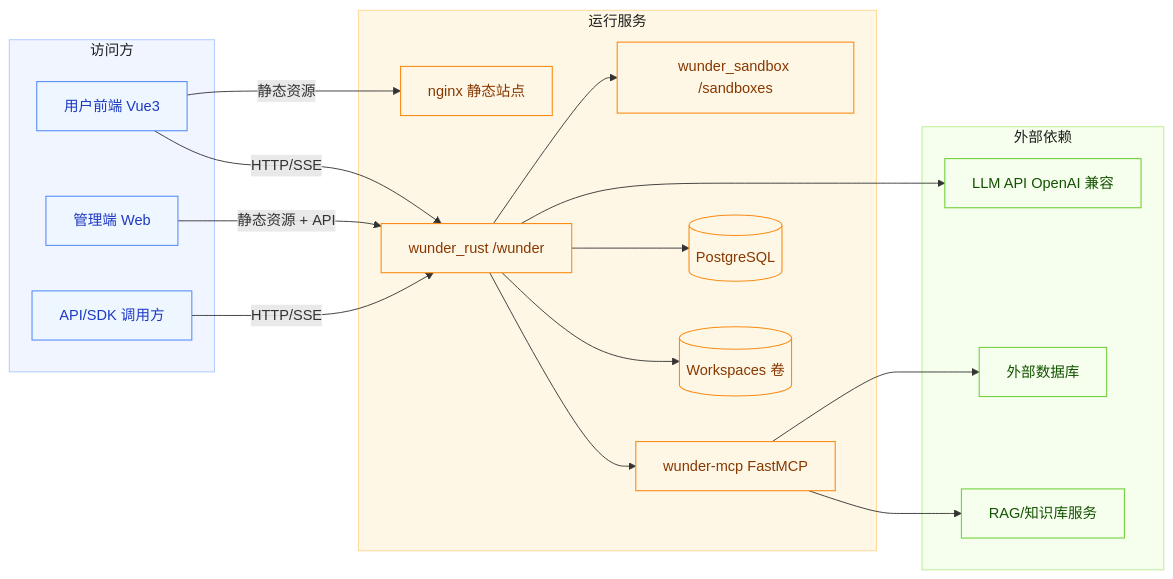
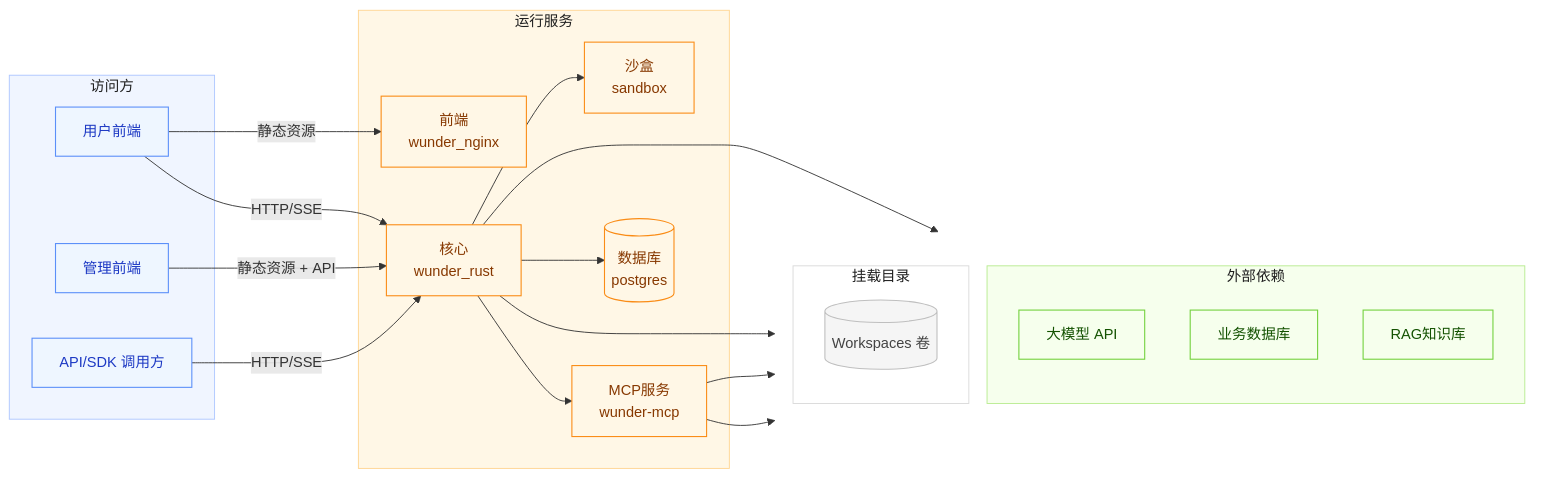
One commit to ylsdamxssjxxdd/wunder changed the first of 3 diagrams in docs/架构设计.md. Above: the diagram before and after it, drawn with Mermaid. The commit also changed 45 other files, not shown here.

````diff
--- a/docs/架构设计.md
+++ b/docs/架构设计.md
@@ -14,49 +14,58 @@
 ```mermaid
 flowchart LR
   subgraph Clients["访问方"]
-    UserUI["用户前端 Vue3"]
-    AdminUI["管理端 Web"]
+    UserUI["用户前端"]
+    AdminUI["管理前端"]
     ApiClient["API/SDK 调用方"]
   end
 
   subgraph Runtime["运行服务"]
-    Nginx["nginx 静态站点"]
-    RustAPI["wunder_rust /wunder"]
-    Sandbox["wunder_sandbox /sandboxes"]
-    MCP["wunder-mcp FastMCP"]
-    PG[(PostgreSQL)]
-    WS[(Workspaces 卷)]
+    Nginx["前端<br/>wunder_nginx"]
+    RustAPI["核心<br/>wunder_rust"]
+    Sandbox["沙盒<br/>sandbox"]
+    MCP["MCP服务<br/>wunder-mcp"]
+    PG[(数据库<br/>postgres)]
   end
 
-  subgraph External["外部依赖"]
-    LLM["LLM API OpenAI 兼容"]
-    ExtDB["外部数据库"]
-    KB["RAG/知识库服务"]
+  subgraph RightSide[" "]
+    direction TB
+    subgraph External["外部依赖"]
+      LLM["大模型 API"]
+      ExtDB["业务数据库"]
+      KB["RAG知识库"]
+    end
+    subgraph Mounts["挂载目录"]
+      WS[(Workspaces 卷)]
+    end
   end
 
   UserUI -->|静态资源| Nginx
   UserUI -->|HTTP/SSE| RustAPI
   AdminUI -->|静态资源 + API| RustAPI
   ApiClient -->|HTTP/SSE| RustAPI
 
   RustAPI --> PG
   RustAPI --> WS
   RustAPI --> LLM
   RustAPI --> Sandbox
   RustAPI --> MCP
 
   MCP --> ExtDB
   MCP --> KB
 
   classDef client fill:#eef6ff,stroke:#5b8ff9,stroke-width:1.2px,color:#1d39c4;
   classDef runtime fill:#fff7e6,stroke:#fa8c16,stroke-width:1.2px,color:#873800;
   classDef external fill:#f6ffed,stroke:#73d13d,stroke-width:1.2px,color:#135200;
+  classDef volume fill:#f5f5f5,stroke:#bfbfbf,stroke-width:1.2px,color:#434343;
 
   class UserUI,AdminUI,ApiClient client;
-  class Nginx,RustAPI,Sandbox,MCP,PG,WS runtime;
+  class Nginx,RustAPI,Sandbox,MCP,PG runtime;
   class LLM,ExtDB,KB external;
+  class WS volume;
 
   style Clients fill:#f0f5ff,stroke:#adc6ff,stroke-width:1px,color:#1f1f1f;
   style Runtime fill:#fff7e6,stroke:#ffd591,stroke-width:1px,color:#1f1f1f;
   style External fill:#f6ffed,stroke:#b7eb8f,stroke-width:1px,color:#1f1f1f;
+  style Mounts fill:#ffffff,stroke:#d9d9d9,stroke-width:1px,color:#1f1f1f;
+  style RightSide fill:transparent,stroke:transparent,color:transparent;
 ```
````
